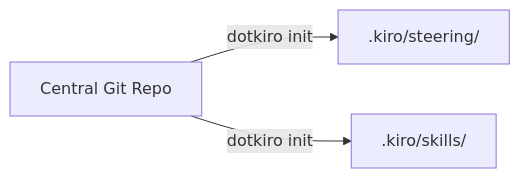
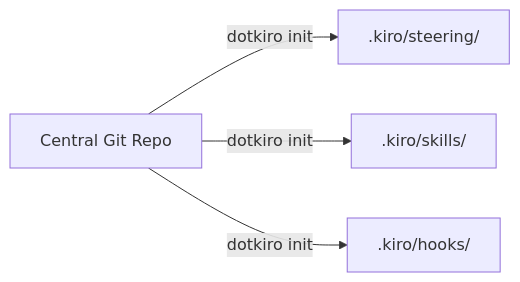
One commit to Mistborn94/dotkiro changed the first of 2 diagrams in BLOG.md. Above: the diagram before and after it, drawn with Mermaid. The commit also changed other lines of this file and 10 other files, not shown here.

````diff
--- a/BLOG.md
+++ b/BLOG.md
@@ -22,5 +22,6 @@
 ```mermaid
 graph LR
     A[Central Git Repo] -->|dotkiro init| B[.kiro/steering/]
     A -->|dotkiro init| C[.kiro/skills/]
+    A -->|dotkiro init| D[.kiro/hooks/]
 ```
````
